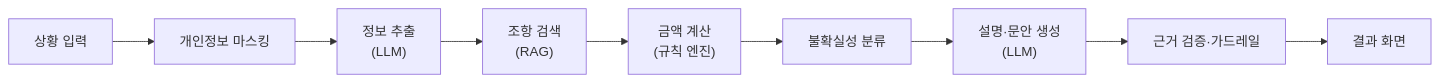
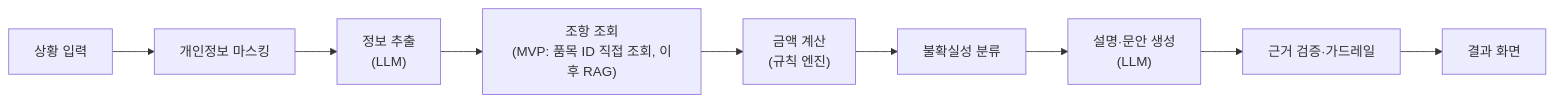
Before and after one commit to wuhyuk/by-the-book: the diagram in README.md, drawn with Mermaid. The commit also changed other lines of this file and 7 other files, not shown here.

````diff
--- a/README.md
+++ b/README.md
@@ -52,11 +52,11 @@
 ```mermaid
 flowchart LR
     A["상황 입력"] --> B["개인정보 마스킹"]
     B --> C["정보 추출<br>(LLM)"]
-    C --> D["조항 검색<br>(RAG)"]
+    C --> D["조항 조회<br>(MVP: 품목 ID 직접 조회, 이후 RAG)"]
     D --> E["금액 계산<br>(규칙 엔진)"]
     E --> F["불확실성 분류"]
     F --> G["설명·문안 생성<br>(LLM)"]
     G --> H["근거 검증·가드레일"]
     H --> I["결과 화면"]
 ```
````
